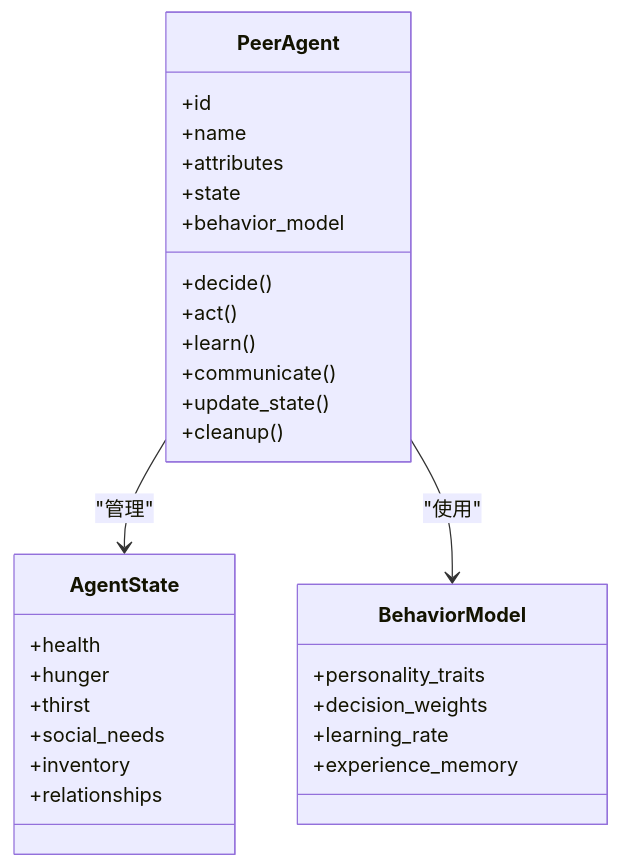
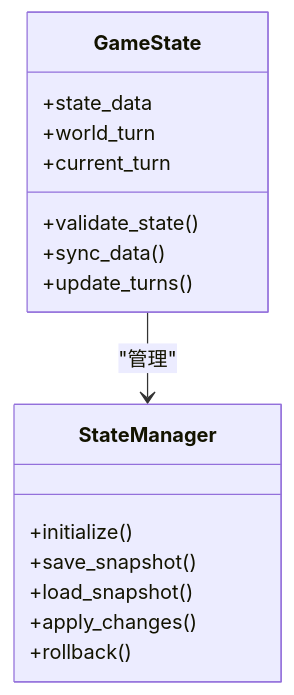
Before and after one commit to Ivandanslespace/thegreatnovel: the fourth of 11 diagrams in .qoder/repowiki/zh/content/运行时系统/运行时核心.md, drawn with Mermaid. The commit also changed other lines of this file and 69 other files, not shown here.

````diff
--- a/.qoder/repowiki/zh/content/运行时系统/运行时核心.md
+++ b/.qoder/repowiki/zh/content/运行时系统/运行时核心.md
@@ -258,32 +259,19 @@
 ```mermaid
 classDiagram
-class PeerAgent {
-+id
-+name
-+attributes
-+state
-+behavior_model
-+decide()
-+act()
-+learn()
-+communicate()
-+update_state()
-+cleanup()
+class GameState {
++state_data
++world_turn
++current_turn
++validate_state()
++sync_data()
++update_turns()
 }
-class AgentState {
-+health
-+hunger
-+thirst
-+social_needs
-+inventory
-+relationships
+class StateManager {
++initialize()
++save_snapshot()
++load_snapshot()
++apply_changes()
++rollback()
 }
-class BehaviorModel {
-+personality_traits
-+decision_weights
-+learning_rate
-+experience_memory
-}
-PeerAgent --> AgentState : "管理"
-PeerAgent --> BehaviorModel : "使用"
+GameState --> StateManager : "管理"
 ```
````
